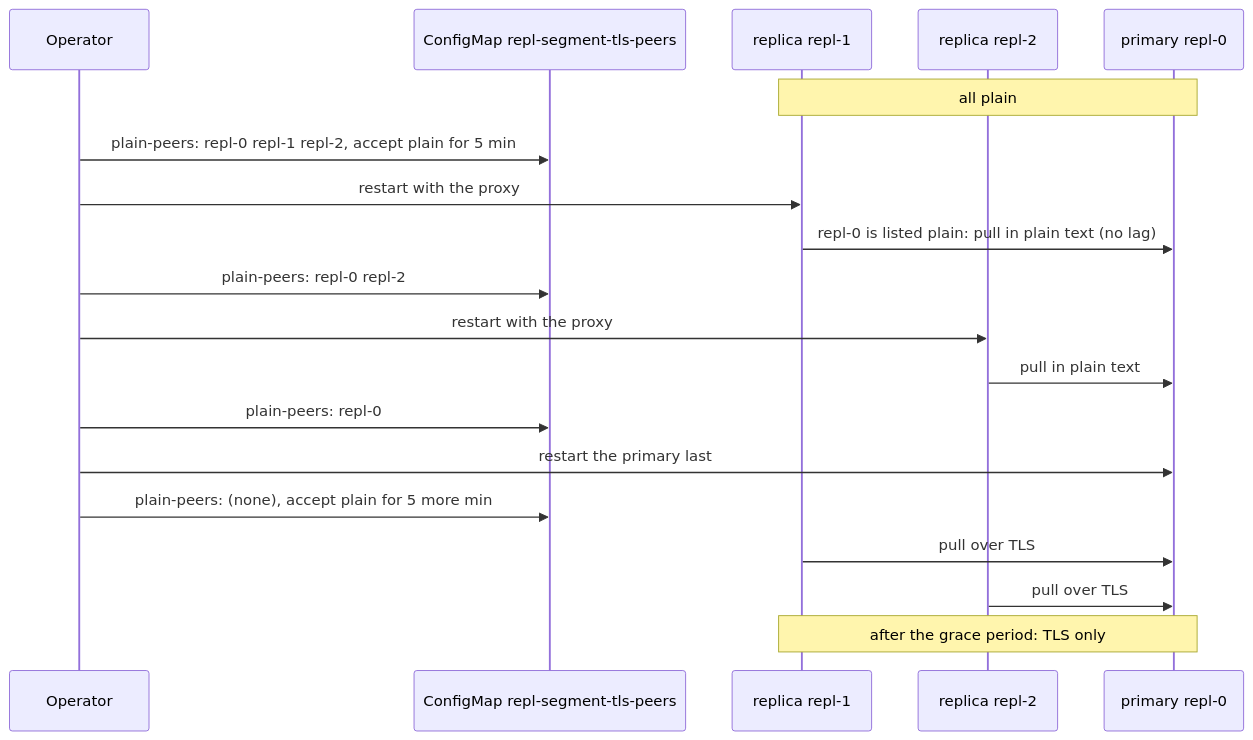
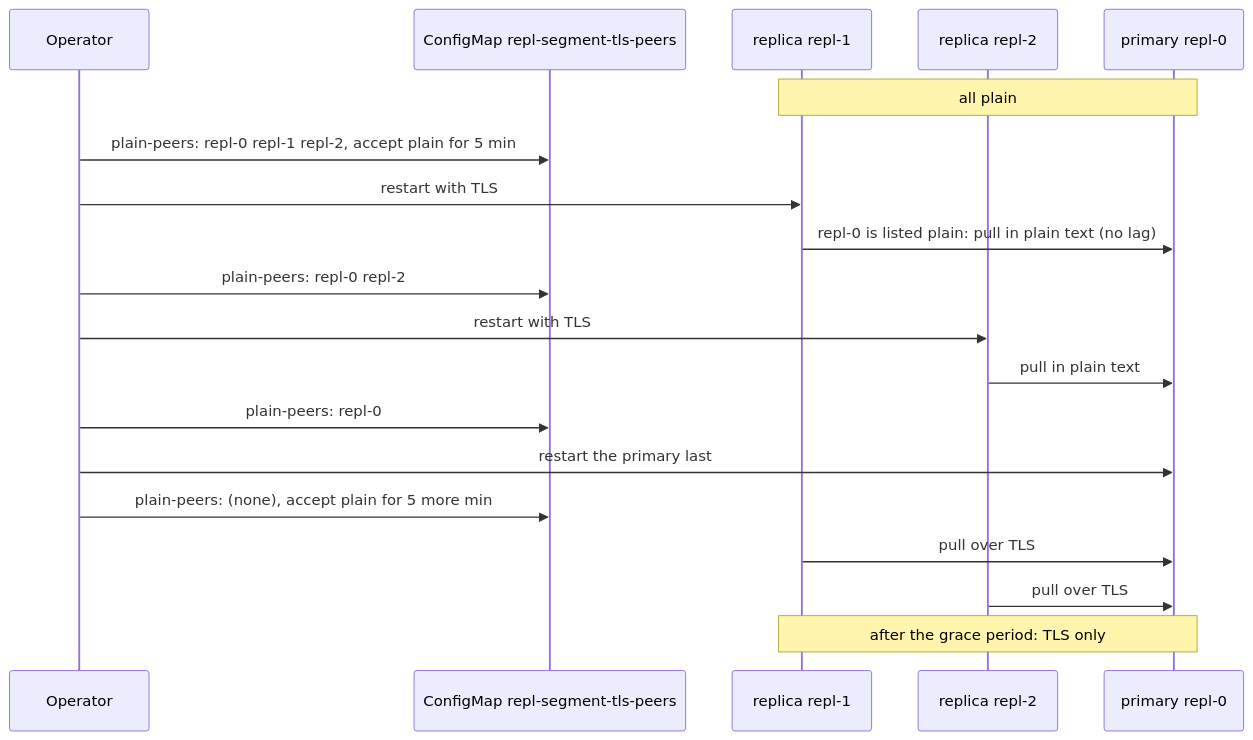
The fourth of 4 diagrams in docs/segment-tls.md (mariuz/cloudnative-firebird), drawn with Mermaid before and after one commit. The commit also changed other lines of this file and 36 other files, not shown here.

````diff
--- a/docs/segment-tls.md
+++ b/docs/segment-tls.md
@@ -385,22 +370,22 @@
 ```mermaid
 sequenceDiagram
   participant Op as Operator
   participant CM as ConfigMap repl-segment-tls-peers
   participant R1 as replica repl-1
   participant R2 as replica repl-2
   participant P as primary repl-0
 
   Note over R1,P: all plain
   Op->>CM: plain-peers: repl-0 repl-1 repl-2, accept plain for 5 min
-  Op->>R1: restart with the proxy
+  Op->>R1: restart with TLS
   R1->>P: repl-0 is listed plain: pull in plain text (no lag)
   Op->>CM: plain-peers: repl-0 repl-2
-  Op->>R2: restart with the proxy
+  Op->>R2: restart with TLS
   R2->>P: pull in plain text
   Op->>CM: plain-peers: repl-0
   Op->>P: restart the primary last
   Op->>CM: plain-peers: (none), accept plain for 5 more min
   R1->>P: pull over TLS
   R2->>P: pull over TLS
   Note over R1,P: after the grace period: TLS only
 ```
````
